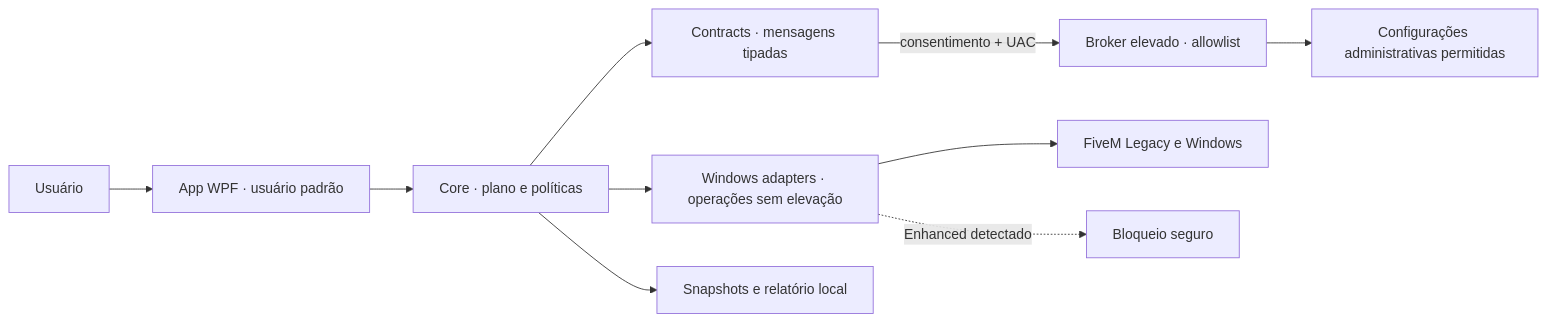
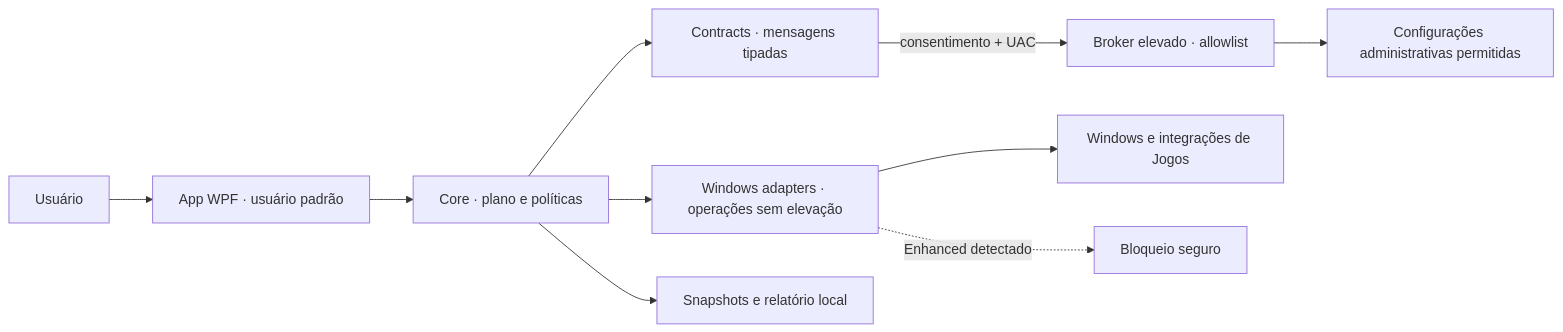
Before and after one commit to marquezinii/FiveMCleaner: the diagram in docs/architecture.md, drawn with Mermaid. The commit also changed other lines of this file and 22 other files, not shown here.

````diff
--- a/docs/architecture.md
+++ b/docs/architecture.md
@@ -161,12 +161,12 @@
 ```mermaid
 flowchart LR
   U["Usuário"] --> A["App WPF · usuário padrão"]
   A --> C["Core · plano e políticas"]
   C --> W["Windows adapters · operações sem elevação"]
   C --> K["Contracts · mensagens tipadas"]
   K -->|"consentimento + UAC"| B["Broker elevado · allowlist"]
-  W --> F["FiveM Legacy e Windows"]
+  W --> F["Windows e integrações de Jogos"]
   B --> S["Configurações administrativas permitidas"]
   C --> R["Snapshots e relatório local"]
   W -. "Enhanced detectado" .-> X["Bloqueio seguro"]
 ```
````
